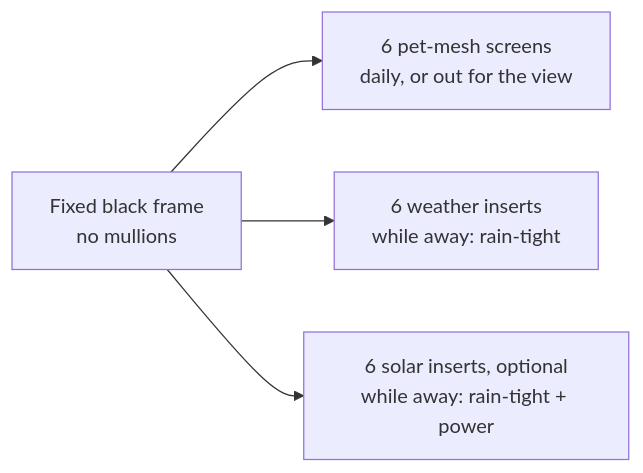
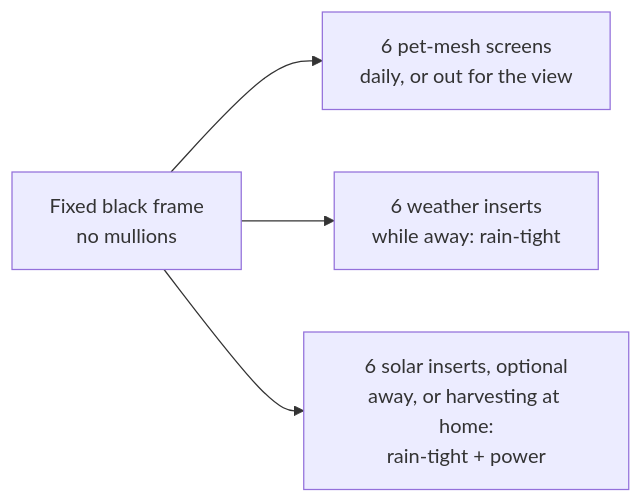
The first of 3 diagrams in docs/plans/2026-11-09-condo-639-balcony-screen-frame.md (wbniv/WorldFoundry), drawn with Mermaid before and after one commit. The commit also changed other lines of this file and 1 other file, not shown here.

First line of the commit message:
Balcony screen frame: solar inserts also go in to harvest power at home

````diff
--- a/docs/plans/2026-11-09-condo-639-balcony-screen-frame.md
+++ b/docs/plans/2026-11-09-condo-639-balcony-screen-frame.md
@@ -22,6 +22,6 @@
 ```mermaid
 flowchart LR
   F["Fixed black frame<br/>no mullions"] --> S["6 pet-mesh screens<br/>daily, or out for the view"]
   F --> W["6 weather inserts<br/>while away: rain-tight"]
-  F --> P["6 solar inserts, optional<br/>while away: rain-tight + power"]
+  F --> P["6 solar inserts, optional<br/>away, or harvesting at home:<br/>rain-tight + power"]
 ```
````
